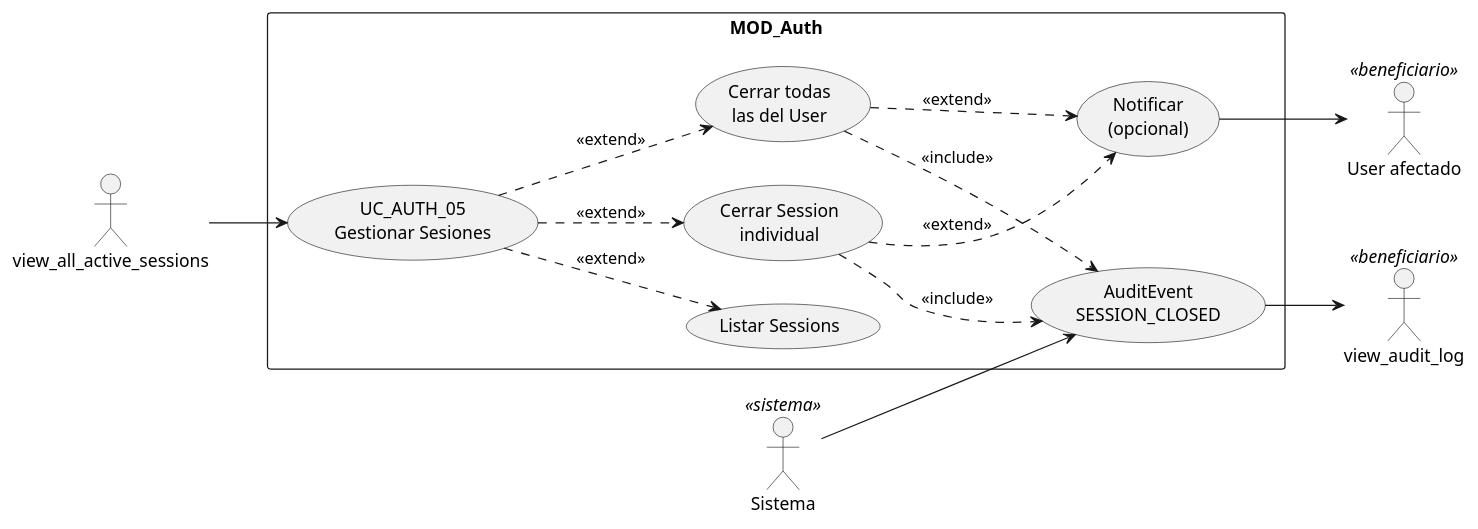
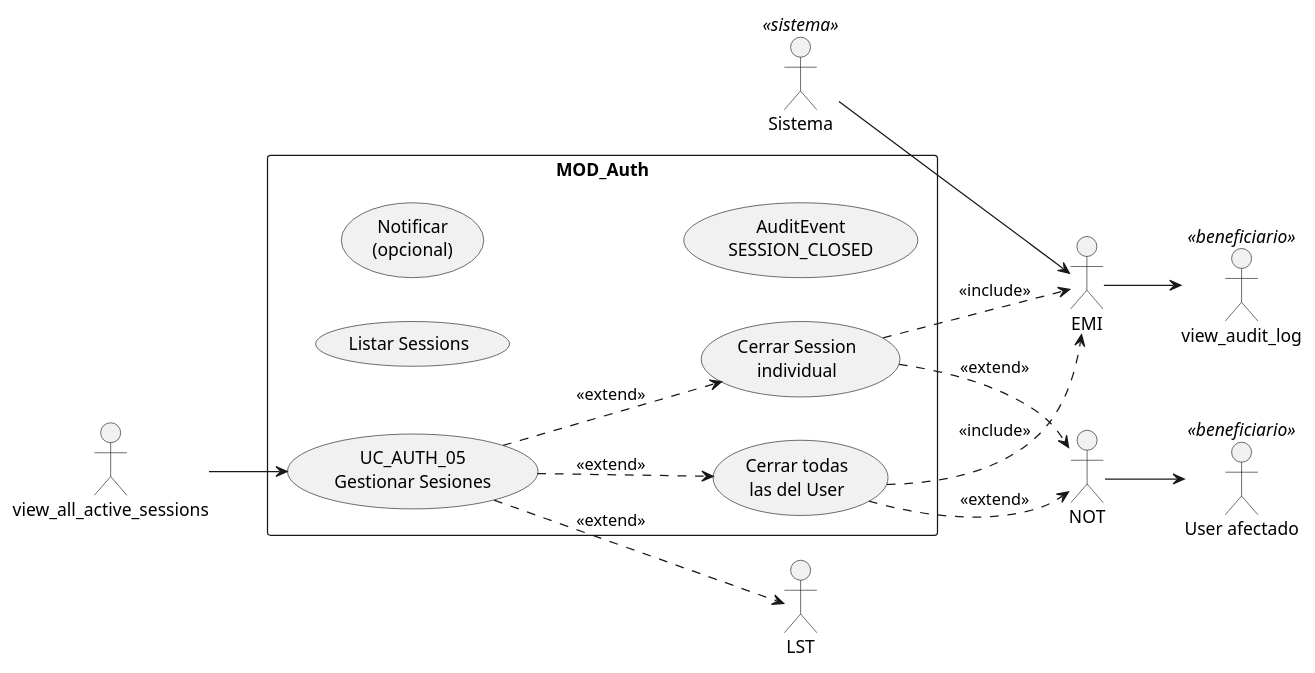
Before and after one commit to jcg-admin/IACT-docs: the diagram in source/requisitos/casos-uso/auth/uc-auth-05/diagramas-uml/diagrama-de-caso-de-uso.rst, drawn with PlantUML. The commit also changed 47 other files, not shown here.

First line of the commit message:
Fix cryptic PlantUML aliases in UC and architecture files (STD_011)

```diff
--- a/source/requisitos/casos-uso/auth/uc-auth-05/diagramas-uml/diagrama-de-caso-de-uso.rst
+++ b/source/requisitos/casos-uso/auth/uc-auth-05/diagramas-uml/diagrama-de-caso-de-uso.rst
@@ -4,34 +4,34 @@
 .. uml::
  :caption: UC_AUTH_05 — actores y casos asociados
 
  @startuml
 
  left to right direction
 
  actor "view_all_active_sessions" as ADMIN
  actor "User afectado" as USER <<beneficiario>>
  actor "view_audit_log" as view_audit_log <<beneficiario>>
  actor "Sistema" as Sistema <<sistema>>
 
  rectangle "MOD_Auth" {
    usecase "UC_AUTH_05\nGestionar Sesiones" as UC05
-   usecase "Listar Sessions" as LST
+   usecase "Listar Sessions" as VistaListado
    usecase "Cerrar Session\nindividual" as CerrarSession
    usecase "Cerrar todas\nlas del User" as CALL
-   usecase "Notificar\n(opcional)" as NOT
-   usecase "AuditEvent\nSESSION_CLOSED" as EMI
+   usecase "Notificar\n(opcional)" as NotificacionMailbox
+   usecase "AuditEvent\nSESSION_CLOSED" as AuditEmitter
  }
 
  ADMIN --> UC05
  UC05 ..> LST : <<extend>>
  UC05 ..> CerrarSession : <<extend>>
  UC05 ..> CALL : <<extend>>
  CerrarSession ..> EMI : <<include>>
  CALL ..> EMI : <<include>>
  CerrarSession ..> NOT : <<extend>>
  CALL ..> NOT : <<extend>>
  NOT --> USER
  Sistema --> EMI
  EMI --> view_audit_log
 
  @enduml
```
